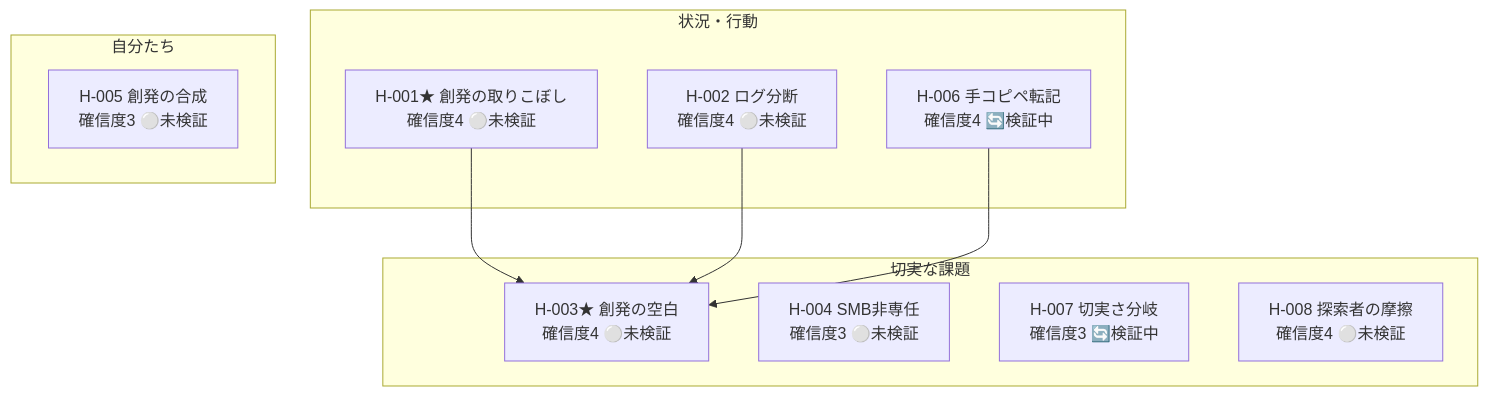
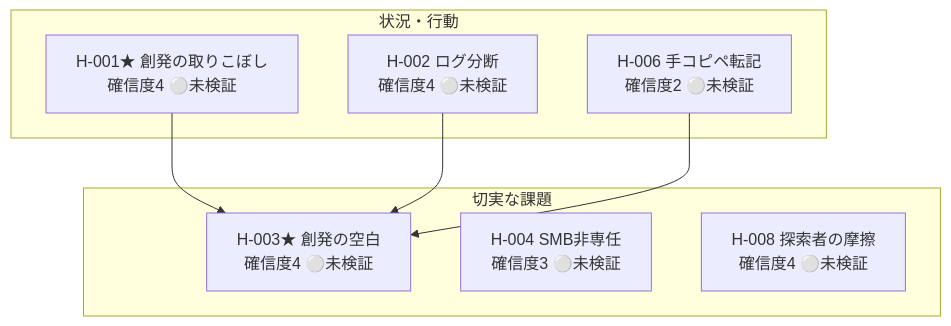
Before and after one commit to haru01/hypothesis-wiki: the diagram in projects/agent-platform/wiki/views/hypotheses-list.md, drawn with Mermaid. The commit also changed other lines of this file and 19 other files, not shown here.

````diff
--- a/projects/agent-platform/wiki/views/hypotheses-list.md
+++ b/projects/agent-platform/wiki/views/hypotheses-list.md
@@ -10,20 +9,16 @@
 ```mermaid
 flowchart TB
     subgraph beh["状況・行動"]
       AGP_H_001["H-001★ 創発の取りこぼし<br/>確信度4 ⚪未検証"]
       AGP_H_002["H-002 ログ分断<br/>確信度4 ⚪未検証"]
-      AGP_H_006["H-006 手コピペ転記<br/>確信度4 🔄検証中"]
+      AGP_H_006["H-006 手コピペ転記<br/>確信度2 ⚪未検証"]
     end
     subgraph prob["切実な課題"]
       AGP_H_003["H-003★ 創発の空白<br/>確信度4 ⚪未検証"]
       AGP_H_004["H-004 SMB非専任<br/>確信度3 ⚪未検証"]
-      AGP_H_007["H-007 切実さ分岐<br/>確信度3 🔄検証中"]
       AGP_H_008["H-008 探索者の摩擦<br/>確信度4 ⚪未検証"]
-    end
-    subgraph team["自分たち"]
-      AGP_H_005["H-005 創発の合成<br/>確信度3 ⚪未検証"]
     end
     AGP_H_001 --> AGP_H_003
     AGP_H_002 --> AGP_H_003
     AGP_H_006 --> AGP_H_003
 ```
````
